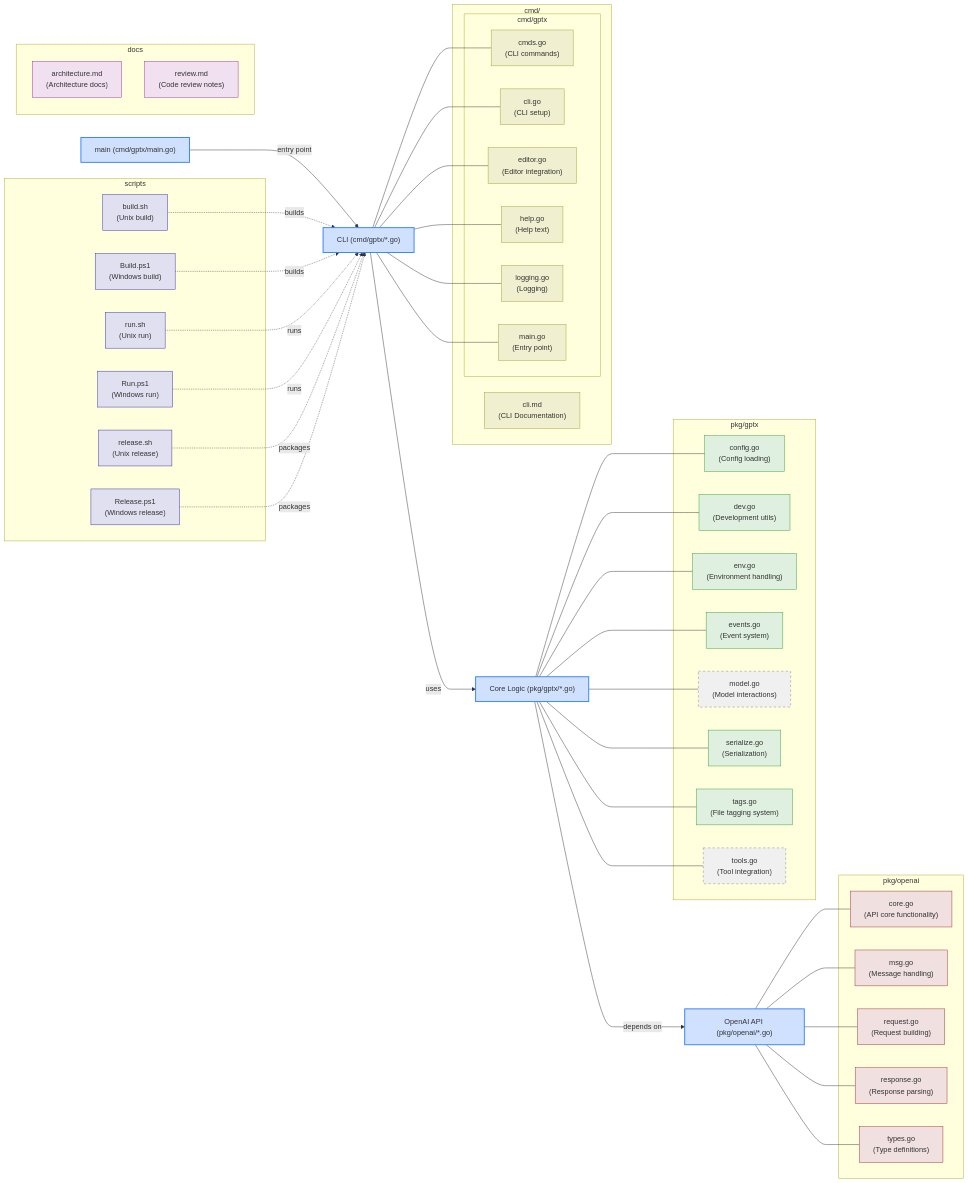
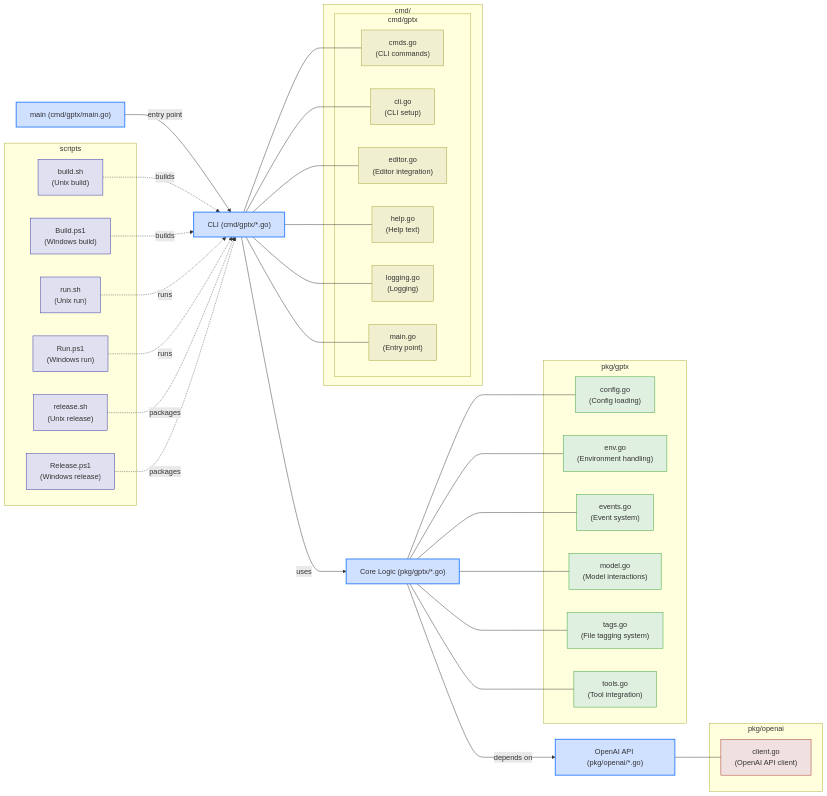
One commit to mohdfareed/gptx-cli changed the second of 6 diagrams in docs/architecture.md. Above: the diagram before and after it, drawn with Mermaid. The commit also changed other lines of this file and 19 other files, not shown here.

Commit message:
Implement model lifecycle and tools

````diff
--- a/docs/architecture.md
+++ b/docs/architecture.md
@@ -54,78 +47,60 @@
 ```mermaid
 graph LR
     Main["main (cmd/gptx/main.go)"] -->|entry point| CLI["CLI (cmd/gptx/*.go)"]
     CLI -->|uses| Core["Core Logic (pkg/gptx/*.go)"]
     Core -->|depends on| OpenAI["OpenAI API (pkg/openai/*.go)"]
 
     subgraph "cmd/"
         subgraph "cmd/gptx"
             CLI_cmds["cmds.go\n(CLI commands)"]
             CLI_cli["cli.go\n(CLI setup)"]
             CLI_editor["editor.go\n(Editor integration)"]
             CLI_help["help.go\n(Help text)"]
             CLI_logging["logging.go\n(Logging)"]
             CLI_main["main.go\n(Entry point)"]
         end
-        CLI_doc["cli.md\n(CLI Documentation)"]
     end
 
     subgraph "pkg/gptx"
         Core_config["config.go\n(Config loading)"]
-        Core_dev["dev.go\n(Development utils)"]
         Core_env["env.go\n(Environment handling)"]
         Core_events["events.go\n(Event system)"]
         Core_model["model.go\n(Model interactions)"]
-        Core_serialize["serialize.go\n(Serialization)"]
         Core_tags["tags.go\n(File tagging system)"]
         Core_tools["tools.go\n(Tool integration)"]
     end
 
     subgraph "pkg/openai"
-        API_core["core.go\n(API core functionality)"]
-        API_msg["msg.go\n(Message handling)"]
-        API_request["request.go\n(Request building)"]
-        API_response["response.go\n(Response parsing)"]
-        API_types["types.go\n(Type definitions)"]
+        API_client["client.go\n(OpenAI API client)"]
     end
 
     subgraph "scripts"
         Build_sh["build.sh\n(Unix build)"]
         Build_ps1["Build.ps1\n(Windows build)"]
         Release_sh["release.sh\n(Unix release)"]
         Release_ps1["Release.ps1\n(Windows release)"]
         Run_sh["run.sh\n(Unix run)"]
         Run_ps1["Run.ps1\n(Windows run)"]
     end
 
-    subgraph "docs"
-        Arch["architecture.md\n(Architecture docs)"]
-        Review["review.md\n(Code review notes)"]
-    end
-
     CLI --- CLI_cmds & CLI_cli & CLI_editor & CLI_help & CLI_logging & CLI_main
-    Core --- Core_config & Core_dev & Core_env & Core_events & Core_model & Core_serialize & Core_tags & Core_tools
-    OpenAI --- API_core & API_msg & API_request & API_response & API_types
+    Core --- Core_config & Core_env & Core_events & Core_model & Core_tags & Core_tools
+    OpenAI --- API_client
 
     %% Script connections
     Build_sh & Build_ps1 -.->|builds| CLI
     Run_sh & Run_ps1 -.->|runs| CLI
     Release_sh & Release_ps1 -.->|packages| CLI
 
     classDef primary fill:#d0e0ff,stroke:#3080ff,stroke-width:2px;
     classDef cmd fill:#f0f0d0,stroke:#a0a030,stroke-width:1px;
     classDef core fill:#e0f0e0,stroke:#30a030,stroke-width:1px;
     classDef api fill:#f0e0e0,stroke:#a03030,stroke-width:1px;
     classDef scripts fill:#e0e0f0,stroke:#3030a0,stroke-width:1px;
-    classDef docs fill:#f0e0f0,stroke:#a030a0,stroke-width:1px;
-    classDef planned fill:#f0f0f0,stroke:#808080,stroke-width:1px,stroke-dasharray: 5 5;
 
     class Main,CLI,Core,OpenAI primary;
-    class CLI_cmds,CLI_cli,CLI_editor,CLI_help,CLI_logging,CLI_main,CLI_doc cmd;
-    class Core_config,Core_dev,Core_env,Core_events,Core_serialize,Core_tags core;
-    class API_core,API_msg,API_request,API_response,API_types api;
+    class CLI_cmds,CLI_cli,CLI_editor,CLI_help,CLI_logging,CLI_main cmd;
+    class Core_config,Core_env,Core_events,Core_model,Core_tags,Core_tools core;
+    class API_client api;
     class Build_sh,Build_ps1,Release_sh,Release_ps1,Run_sh,Run_ps1 scripts;
-    class Arch,Review docs;
-
-    %% Highlight planned/not implemented components
-    class Core_model,Core_tools planned;
 ```
````
